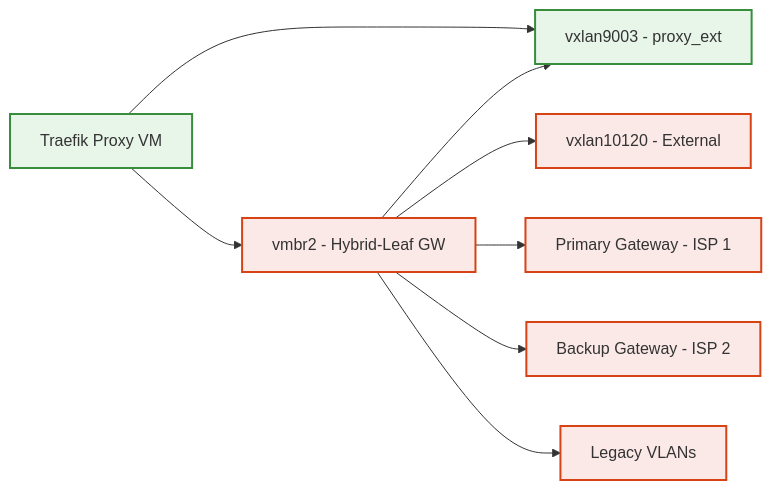
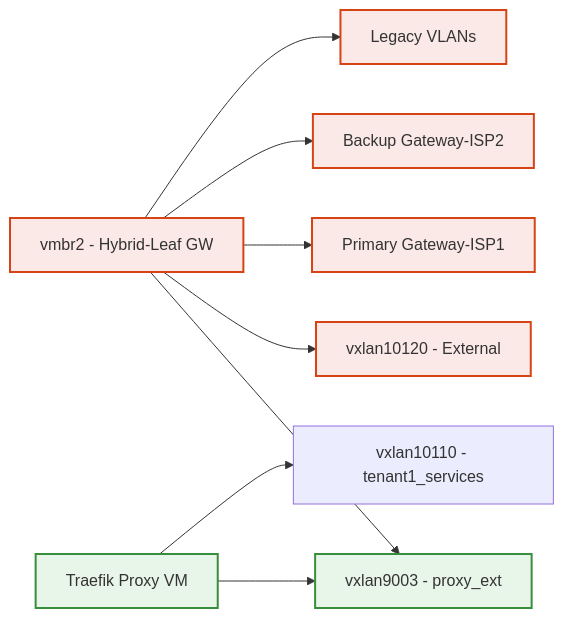
The fourth of 4 diagrams in README.md (CEP-Comwell/proxmox_addons), drawn with Mermaid before and after one commit. The commit also changed other lines of this file, not shown here.

````diff
--- a/README.md
+++ b/README.md
@@ -123,21 +123,22 @@
 ```mermaid
 graph LR
 ExtBridge[vmbr2 - Hybrid-Leaf GW]
 VX9003[vxlan9003 - proxy_ext]
+VX10110[vxlan10110 - tenant1_services]
 VX10120[vxlan10120 - External]
 ProxyVM[Traefik Proxy VM]
-Gateway1[Primary Gateway - ISP 1]
-Gateway2[Backup Gateway - ISP 2]
+Gateway1[Primary Gateway-ISP1]
+Gateway2[Backup Gateway-ISP2]
 LegacyVLAN[Legacy VLANs]
 ExtBridge --> VX9003
 ExtBridge --> VX10120
 ExtBridge --> Gateway1
 ExtBridge --> Gateway2
 ExtBridge --> LegacyVLAN
 ProxyVM --> VX9003
-ProxyVM --> ExtBridge
+ProxyVM --> VX10110
 classDef ext fill:#fbe9e7,stroke:#d84315,stroke-width:2px;
 classDef proxy fill:#e8f5e9,stroke:#388e3c,stroke-width:2px;
 class ExtBridge,VX10120,Gateway1,Gateway2,LegacyVLAN ext;
 class VX9003,ProxyVM proxy;
 ```
````
